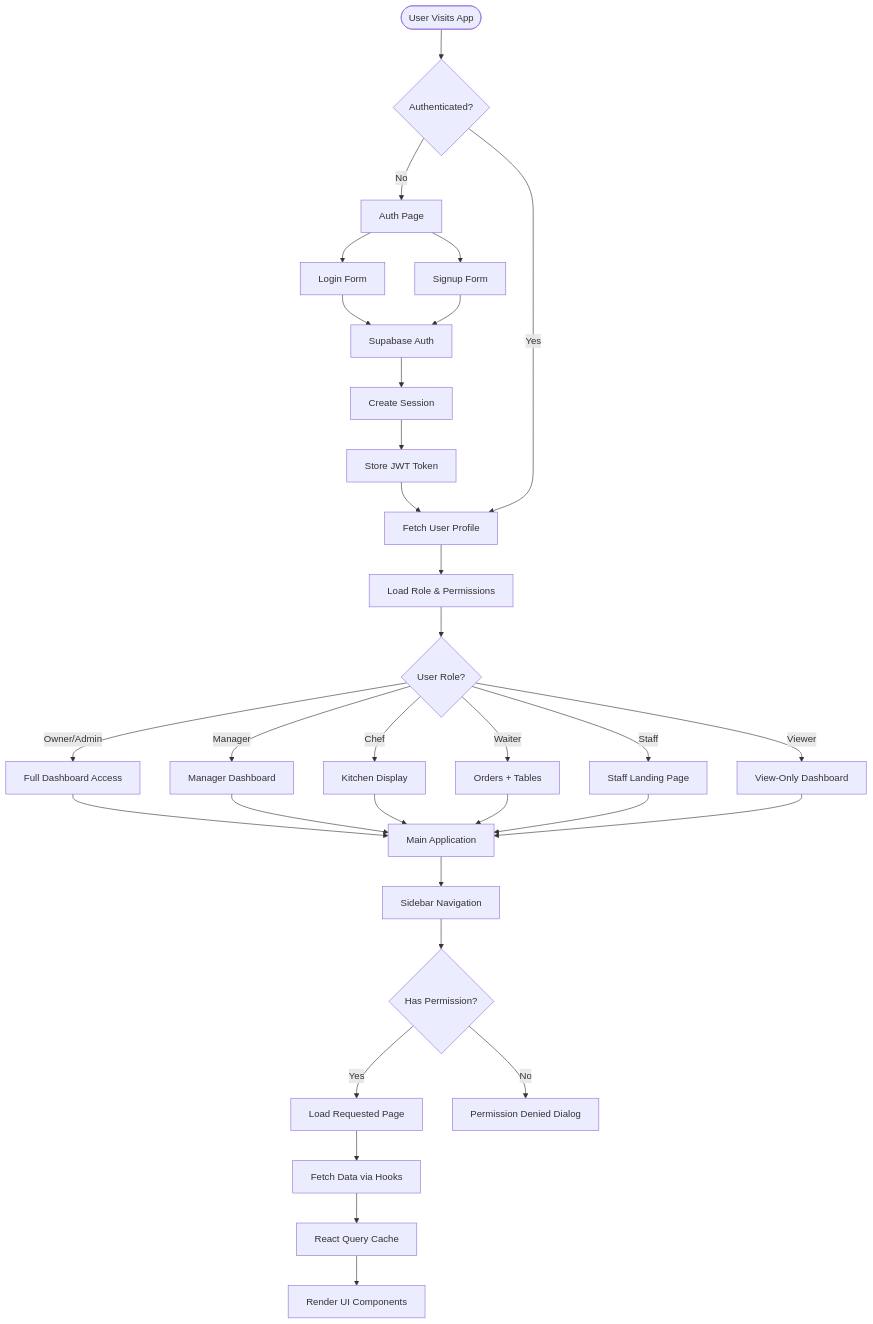
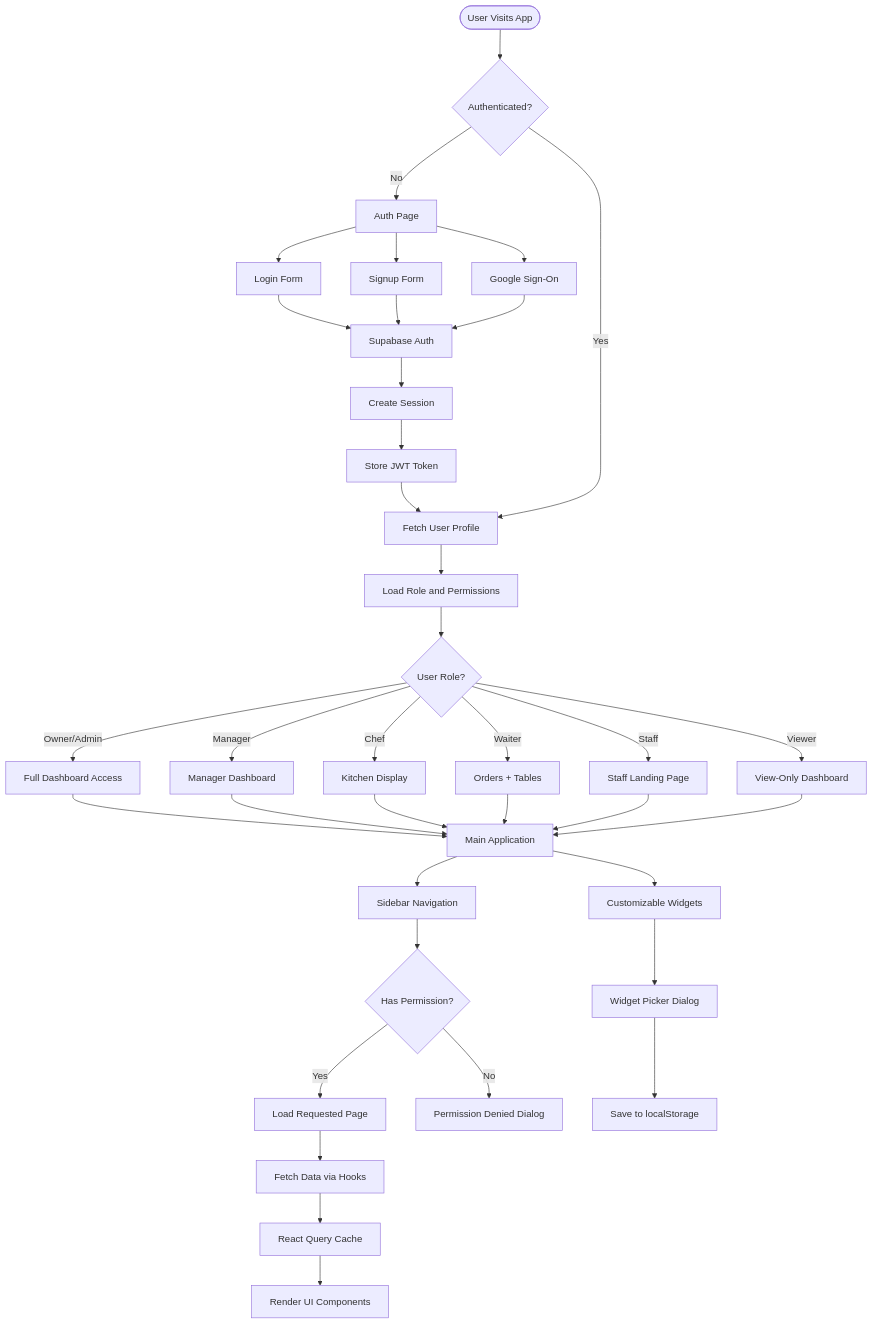
Before and after one commit to sudipjangam/tasty-bite-harbor: the second of 26 diagrams in docs/ARCHITECTURE_DEV.md, drawn with Mermaid. The commit also changed other lines of this file and 6 other files, not shown here.

Commit message:
feat: Add comprehensive platform user guide, architecture documentation, and an About section component, alongside dependency updates.

````diff
--- a/docs/ARCHITECTURE_DEV.md
+++ b/docs/ARCHITECTURE_DEV.md
@@ -128,40 +151,46 @@
 ```mermaid
 flowchart TD
     Start([User Visits App]) --> CheckAuth{Authenticated?}
     
     CheckAuth -->|No| AuthPage[Auth Page]
     AuthPage --> Login[Login Form]
     AuthPage --> Signup[Signup Form]
+    AuthPage --> GoogleSSO[Google Sign-On]
     Login --> SupaAuth[Supabase Auth]
     Signup --> SupaAuth
+    GoogleSSO --> SupaAuth
     SupaAuth --> CreateSession[Create Session]
     CreateSession --> StoreJWT[Store JWT Token]
     StoreJWT --> FetchProfile[Fetch User Profile]
     
     CheckAuth -->|Yes| FetchProfile
-    FetchProfile --> LoadRole[Load Role & Permissions]
+    FetchProfile --> LoadRole["Load Role and Permissions"]
     LoadRole --> CheckRole{User Role?}
     
     CheckRole -->|Owner/Admin| FullDashboard[Full Dashboard Access]
     CheckRole -->|Manager| ManagerDash[Manager Dashboard]
     CheckRole -->|Chef| KitchenView[Kitchen Display]
     CheckRole -->|Waiter| WaiterView[Orders + Tables]
     CheckRole -->|Staff| StaffLanding[Staff Landing Page]
     CheckRole -->|Viewer| ViewerDash[View-Only Dashboard]
     
     FullDashboard --> MainApp[Main Application]
     ManagerDash --> MainApp
     KitchenView --> MainApp
     WaiterView --> MainApp
     StaffLanding --> MainApp
     ViewerDash --> MainApp
     
     MainApp --> Navigation[Sidebar Navigation]
     Navigation --> PermCheck{Has Permission?}
     PermCheck -->|Yes| LoadPage[Load Requested Page]
     PermCheck -->|No| AccessDenied[Permission Denied Dialog]
     
     LoadPage --> FetchData[Fetch Data via Hooks]
     FetchData --> ReactQuery[React Query Cache]
     ReactQuery --> RenderUI[Render UI Components]
+    
+    MainApp --> WidgetConfig[Customizable Widgets]
+    WidgetConfig --> WidgetPicker[Widget Picker Dialog]
+    WidgetPicker --> LocalPrefs[Save to localStorage]
 ```
````
